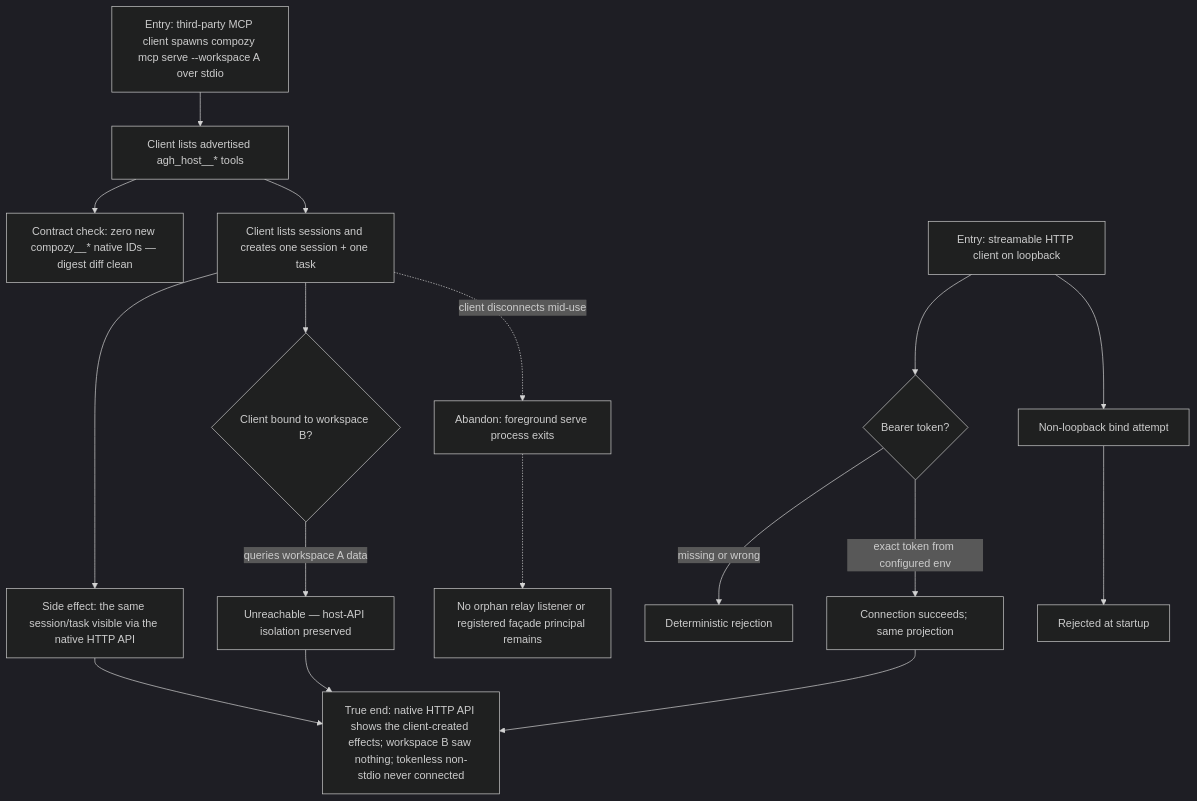
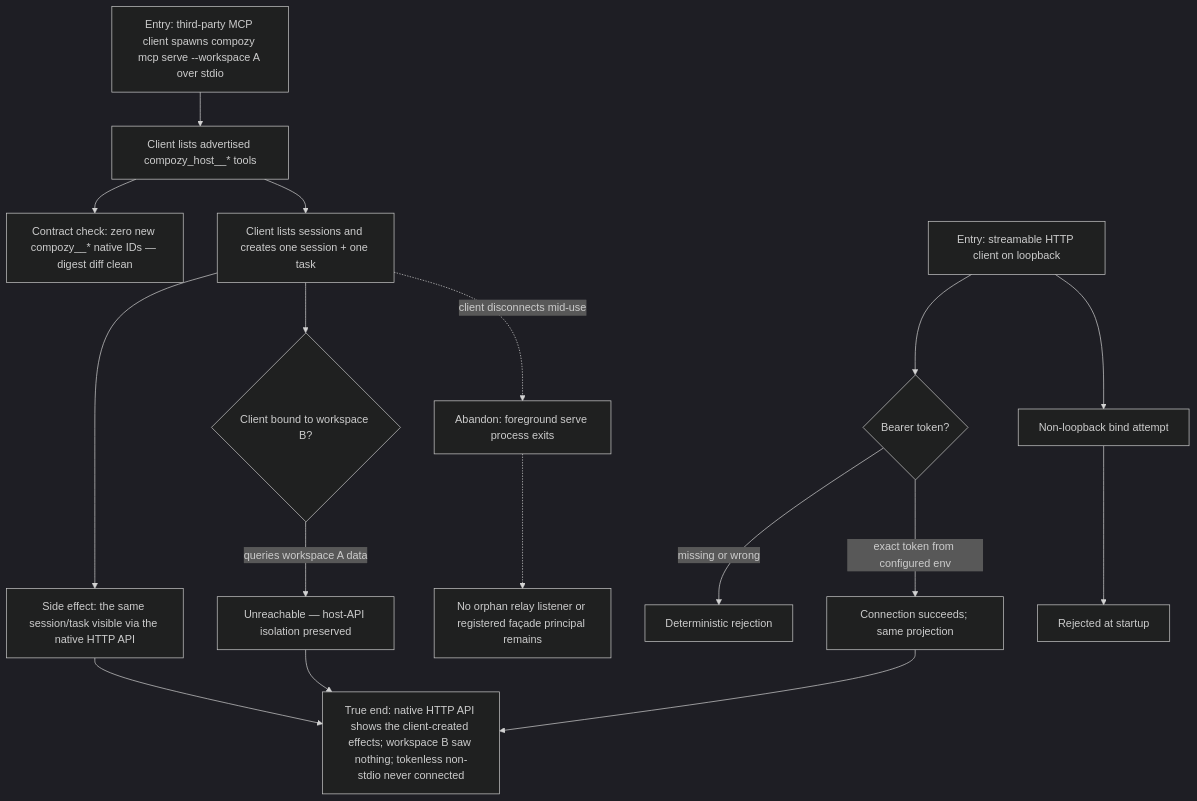
Before and after one commit to compozy/compozy: the diagram in docs/qa/journeys/J-operate-compozy-from-mcp-client.md, drawn with Mermaid (dark theme). The commit also changed 1238 other files, not shown here.

````diff
--- a/docs/qa/journeys/J-operate-compozy-from-mcp-client.md
+++ b/docs/qa/journeys/J-operate-compozy-from-mcp-client.md
@@ -8,18 +8,18 @@
 ```mermaid
 flowchart TD
-    E1[Entry: third-party MCP client spawns compozy mcp serve --workspace A over stdio] --> L[Client lists advertised agh_host__* tools]
+    E1[Entry: third-party MCP client spawns compozy mcp serve --workspace A over stdio] --> L[Client lists advertised compozy_host__* tools]
     L --> DG[Contract check: zero new compozy__* native IDs — digest diff clean]
     L --> OP[Client lists sessions and creates one session + one task]
     OP --> V[Side effect: the same session/task visible via the native HTTP API]
     OP --> ISO{Client bound to workspace B?}
     ISO -->|queries workspace A data| NO[Unreachable — host-API isolation preserved]
     E2[Entry: streamable HTTP client on loopback] --> AU{Bearer token?}
     AU -->|missing or wrong| REJ[Deterministic rejection]
     AU -->|exact token from configured env| OK[Connection succeeds; same projection]
     E2 --> NL[Non-loopback bind attempt] --> NLR[Rejected at startup]
     OP -.->|client disconnects mid-use| AB[Abandon: foreground serve process exits]
     AB -.-> CLEAN[No orphan relay listener or registered façade principal remains]
     V --> TE[True end: native HTTP API shows the client-created effects; workspace B saw nothing; tokenless non-stdio never connected]
     NO --> TE
     OK --> TE
 ```
````
